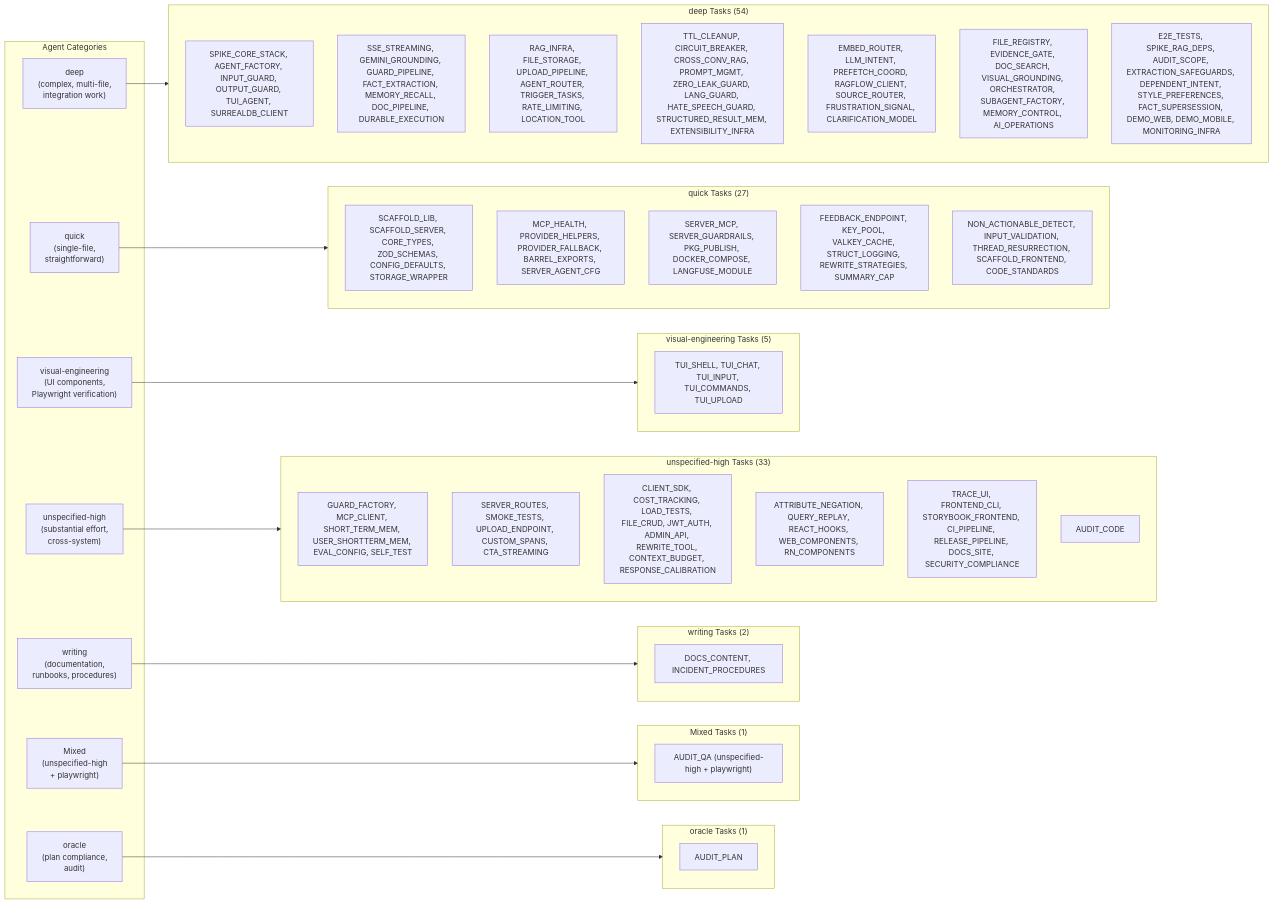
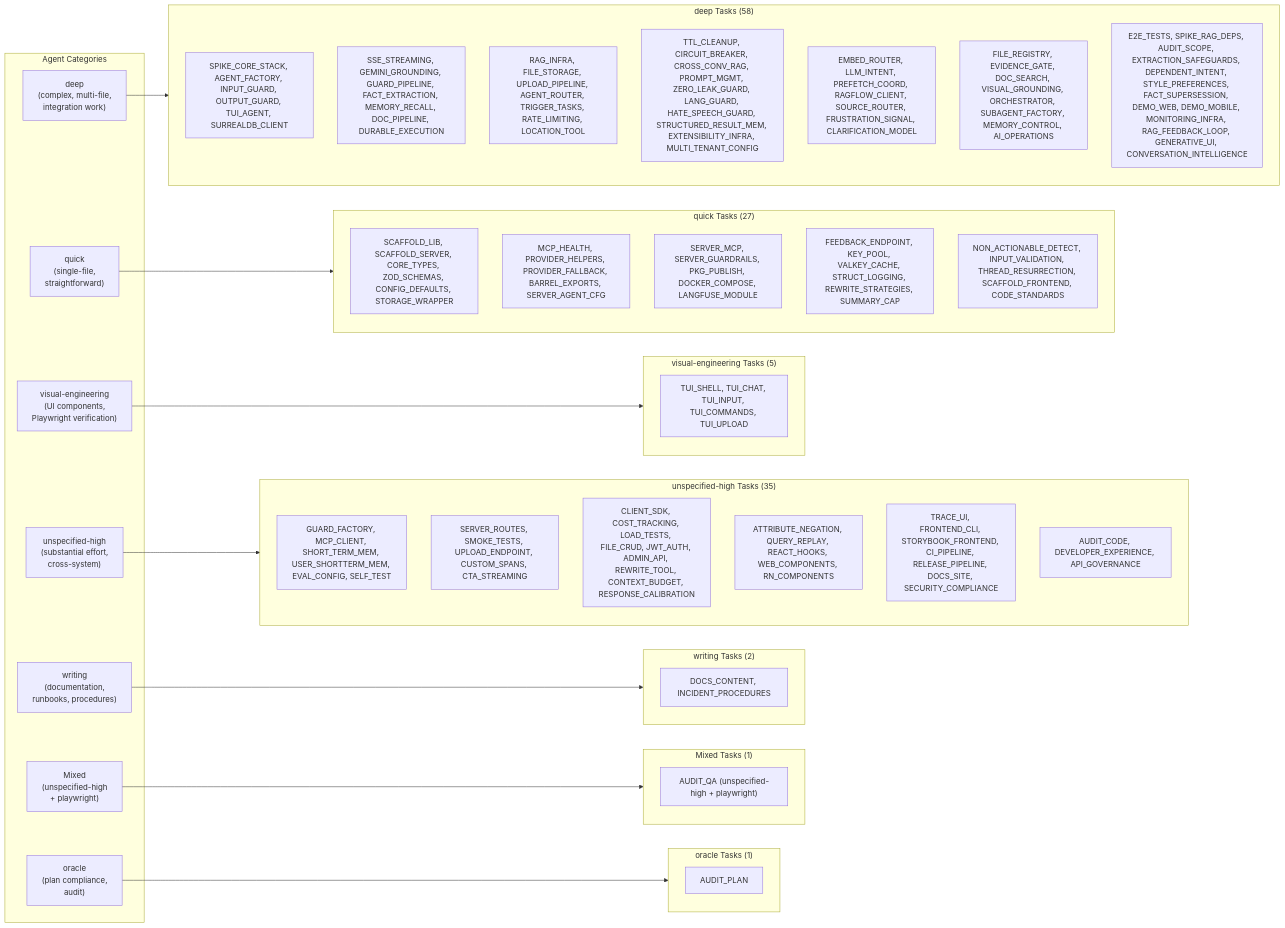
The ninth of 10 diagrams in plan/execution.md (1qh/safeagent), drawn with Mermaid before and after one commit. The commit also changed other lines of this file and 9 other files, not shown here.

````diff
--- a/plan/execution.md
+++ b/plan/execution.md
@@ -933,63 +963,63 @@
 ```mermaid
 graph LR
     subgraph AGENT_TYPES["Agent Categories"]
         DEEP["deep<br/>(complex, multi-file,<br/>integration work)"]
         QUICK["quick<br/>(single-file,<br/>straightforward)"]
         VIS["visual-engineering<br/>(UI components,<br/>Playwright verification)"]
         UHIGH["unspecified-high<br/>(substantial effort,<br/>cross-system)"]
         WRITING["writing<br/>(documentation,<br/>runbooks, procedures)"]
         MIXED["Mixed<br/>(unspecified-high<br/>+ playwright)"]
         ORACLE["oracle<br/>(plan compliance,<br/>audit)"]
     end
 
-    subgraph DEEP_TASKS["deep Tasks (54)"]
+    subgraph DEEP_TASKS["deep Tasks (58)"]
         DEEP_FOUND["SPIKE_CORE_STACK, AGENT_FACTORY, INPUT_GUARD, OUTPUT_GUARD, TUI_AGENT, SURREALDB_CLIENT"]
         DEEP_STREAM["SSE_STREAMING, GEMINI_GROUNDING, GUARD_PIPELINE, FACT_EXTRACTION, MEMORY_RECALL, DOC_PIPELINE, DURABLE_EXECUTION"]
         DEEP_RAG["RAG_INFRA, FILE_STORAGE, UPLOAD_PIPELINE, AGENT_ROUTER, TRIGGER_TASKS, RATE_LIMITING, LOCATION_TOOL"]
-        DEEP_INFRA["TTL_CLEANUP, CIRCUIT_BREAKER, CROSS_CONV_RAG, PROMPT_MGMT, ZERO_LEAK_GUARD, LANG_GUARD, HATE_SPEECH_GUARD, STRUCTURED_RESULT_MEM, EXTENSIBILITY_INFRA"]
+        DEEP_INFRA["TTL_CLEANUP, CIRCUIT_BREAKER, CROSS_CONV_RAG, PROMPT_MGMT, ZERO_LEAK_GUARD, LANG_GUARD, HATE_SPEECH_GUARD, STRUCTURED_RESULT_MEM, EXTENSIBILITY_INFRA, MULTI_TENANT_CONFIG"]
         DEEP_INTENT["EMBED_ROUTER, LLM_INTENT, PREFETCH_COORD, RAGFLOW_CLIENT, SOURCE_ROUTER, FRUSTRATION_SIGNAL, CLARIFICATION_MODEL"]
         DEEP_INTEL["FILE_REGISTRY, EVIDENCE_GATE, DOC_SEARCH, VISUAL_GROUNDING, ORCHESTRATOR, SUBAGENT_FACTORY, MEMORY_CONTROL, AI_OPERATIONS"]
-        DEEP_FINAL["E2E_TESTS, SPIKE_RAG_DEPS, AUDIT_SCOPE, EXTRACTION_SAFEGUARDS, DEPENDENT_INTENT, STYLE_PREFERENCES, FACT_SUPERSESSION, DEMO_WEB, DEMO_MOBILE, MONITORING_INFRA"]
+        DEEP_FINAL["E2E_TESTS, SPIKE_RAG_DEPS, AUDIT_SCOPE, EXTRACTION_SAFEGUARDS, DEPENDENT_INTENT, STYLE_PREFERENCES, FACT_SUPERSESSION, DEMO_WEB, DEMO_MOBILE, MONITORING_INFRA, RAG_FEEDBACK_LOOP, GENERATIVE_UI, CONVERSATION_INTELLIGENCE"]
     end
 
     subgraph QUICK_TASKS["quick Tasks (27)"]
         QUICK_FOUND["SCAFFOLD_LIB, SCAFFOLD_SERVER, CORE_TYPES, ZOD_SCHEMAS, CONFIG_DEFAULTS, STORAGE_WRAPPER"]
         QUICK_INFRA["MCP_HEALTH, PROVIDER_HELPERS, PROVIDER_FALLBACK, BARREL_EXPORTS, SERVER_AGENT_CFG"]
         QUICK_SERVER["SERVER_MCP, SERVER_GUARDRAILS, PKG_PUBLISH, DOCKER_COMPOSE, LANGFUSE_MODULE"]
         QUICK_UTIL["FEEDBACK_ENDPOINT, KEY_POOL, VALKEY_CACHE, STRUCT_LOGGING, REWRITE_STRATEGIES, SUMMARY_CAP"]
         QUICK_ENGINE["NON_ACTIONABLE_DETECT, INPUT_VALIDATION, THREAD_RESURRECTION, SCAFFOLD_FRONTEND, CODE_STANDARDS"]
     end
 
     subgraph VIS_TASKS["visual-engineering Tasks (5)"]
         VIS_TUI_TASKS["TUI_SHELL, TUI_CHAT, TUI_INPUT, TUI_COMMANDS, TUI_UPLOAD"]
     end
 
-    subgraph U_HIGH_TASKS["unspecified-high Tasks (33)"]
+    subgraph U_HIGH_TASKS["unspecified-high Tasks (35)"]
         UHIGH_GUARD_MCP["GUARD_FACTORY, MCP_CLIENT, SHORT_TERM_MEM, USER_SHORTTERM_MEM, EVAL_CONFIG, SELF_TEST"]
         UHIGH_SERVER_SMOKE["SERVER_ROUTES, SMOKE_TESTS, UPLOAD_ENDPOINT, CUSTOM_SPANS, CTA_STREAMING"]
         UHIGH_CLIENT_COST["CLIENT_SDK, COST_TRACKING, LOAD_TESTS, FILE_CRUD, JWT_AUTH, ADMIN_API, REWRITE_TOOL, CONTEXT_BUDGET, RESPONSE_CALIBRATION"]
         UHIGH_INTENT["ATTRIBUTE_NEGATION, QUERY_REPLAY, REACT_HOOKS, WEB_COMPONENTS, RN_COMPONENTS"]
         UHIGH_FRONTEND["TRACE_UI, FRONTEND_CLI, STORYBOOK_FRONTEND, CI_PIPELINE, RELEASE_PIPELINE, DOCS_SITE, SECURITY_COMPLIANCE"]
-        UHIGH_AUDIT_CODE["AUDIT_CODE"]
+        UHIGH_AUDIT_CODE["AUDIT_CODE, DEVELOPER_EXPERIENCE, API_GOVERNANCE"]
     end
 
     subgraph WRITING_TASKS["writing Tasks (2)"]
         WRITING_OPS["DOCS_CONTENT, INCIDENT_PROCEDURES"]
     end
 
     subgraph MIXED_TASKS["Mixed Tasks (1)"]
         MIXED_AUDIT_QA["AUDIT_QA (unspecified-high + playwright)"]
     end
 
     subgraph ORACLE_TASKS["oracle Tasks (1)"]
         ORACLE_AUDIT_PLAN["AUDIT_PLAN"]
     end
 
     DEEP --> DEEP_TASKS
     QUICK --> QUICK_TASKS
     VIS --> VIS_TASKS
     UHIGH --> U_HIGH_TASKS
     WRITING --> WRITING_TASKS
     MIXED --> MIXED_TASKS
     ORACLE --> ORACLE_TASKS
 ```
````
